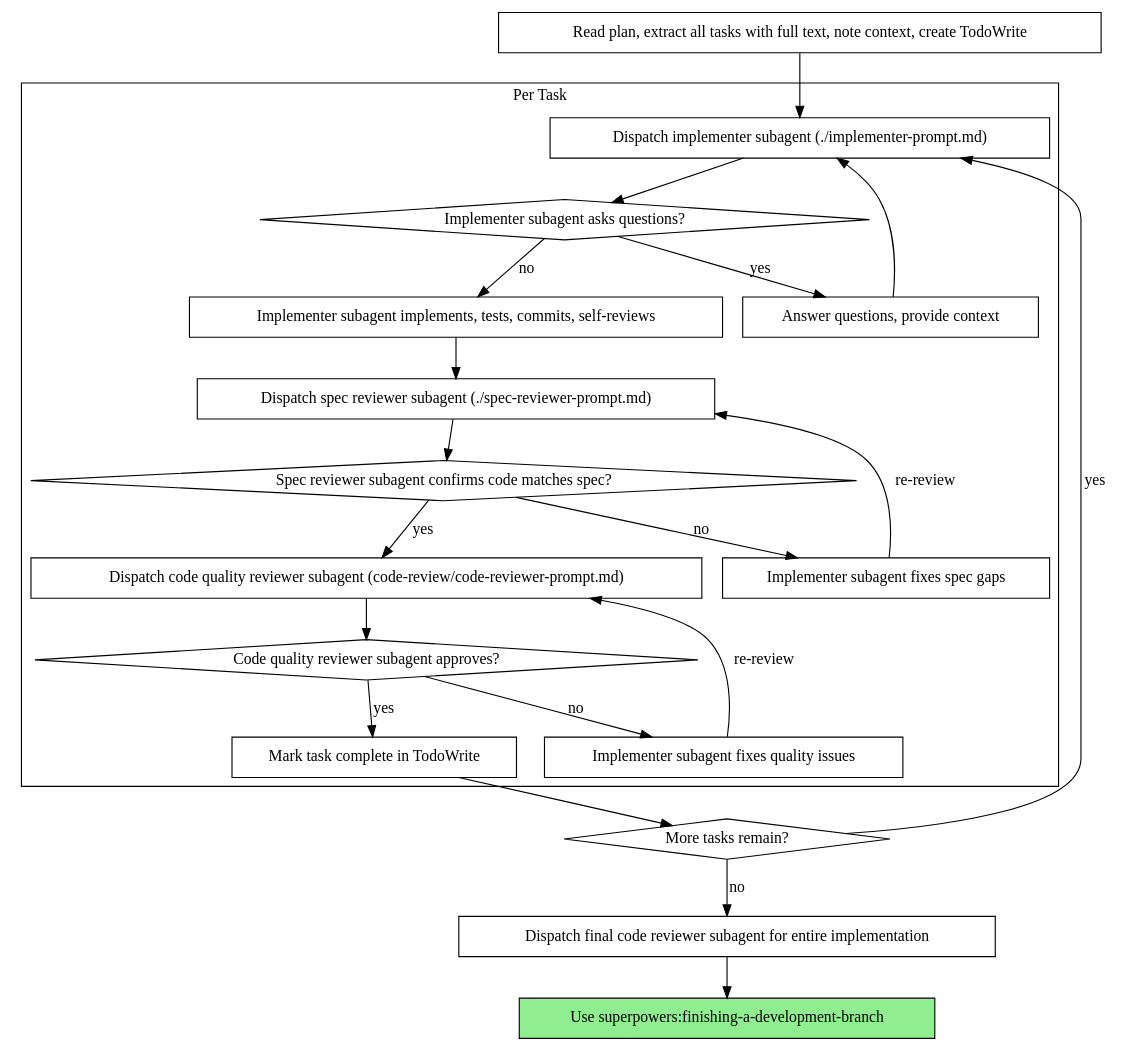
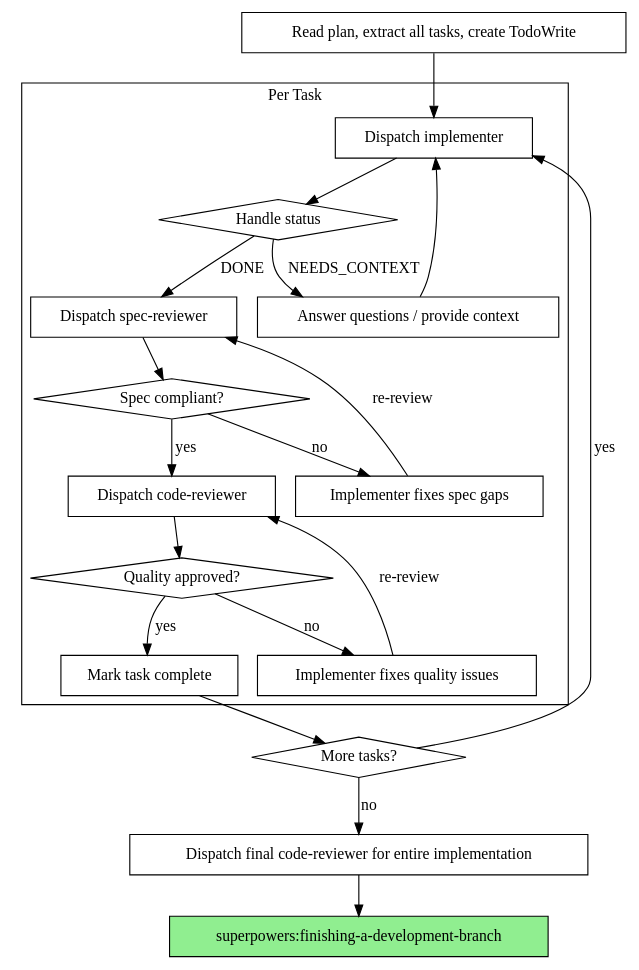
One commit to FYZAFH/superpowers-lite changed the second of 2 diagrams in skills/subagent-driven-development/SKILL.md. Above: the diagram before and after it, drawn with Graphviz. The commit also changed other lines of this file and 31 other files, not shown here.

First line of the commit message:
Restructure to agent-driven architecture, remove multi-platform support

````diff
--- a/skills/subagent-driven-development/SKILL.md
+++ b/skills/subagent-driven-development/SKILL.md
@@ -44,44 +44,42 @@
 ```dot
 digraph process {
     rankdir=TB;
 
     subgraph cluster_per_task {
         label="Per Task";
-        "Dispatch implementer subagent (./implementer-prompt.md)" [shape=box];
-        "Implementer subagent asks questions?" [shape=diamond];
-        "Answer questions, provide context" [shape=box];
-        "Implementer subagent implements, tests, commits, self-reviews" [shape=box];
-        "Dispatch spec reviewer subagent (./spec-reviewer-prompt.md)" [shape=box];
-        "Spec reviewer subagent confirms code matches spec?" [shape=diamond];
-        "Implementer subagent fixes spec gaps" [shape=box];
-        "Dispatch code quality reviewer subagent (code-review/code-reviewer-prompt.md)" [shape=box];
-        "Code quality reviewer subagent approves?" [shape=diamond];
-        "Implementer subagent fixes quality issues" [shape=box];
-        "Mark task complete in TodoWrite" [shape=box];
+        "Dispatch implementer" [shape=box];
+        "Handle status" [shape=diamond];
+        "Answer questions / provide context" [shape=box];
+        "Dispatch spec-reviewer" [shape=box];
+        "Spec compliant?" [shape=diamond];
+        "Implementer fixes spec gaps" [shape=box];
+        "Dispatch code-reviewer" [shape=box];
+        "Quality approved?" [shape=diamond];
+        "Implementer fixes quality issues" [shape=box];
+        "Mark task complete" [shape=box];
     }
 
-    "Read plan, extract all tasks with full text, note context, create TodoWrite" [shape=box];
-    "More tasks remain?" [shape=diamond];
-    "Dispatch final code reviewer subagent for entire implementation" [shape=box];
-    "Use superpowers:finishing-a-development-branch" [shape=box style=filled fillcolor=lightgreen];
+    "Read plan, extract all tasks, create TodoWrite" [shape=box];
+    "More tasks?" [shape=diamond];
+    "Dispatch final code-reviewer for entire implementation" [shape=box];
+    "superpowers:finishing-a-development-branch" [shape=box style=filled fillcolor=lightgreen];
 
-    "Read plan, extract all tasks with full text, note context, create TodoWrite" -> "Dispatch implementer subagent (./implementer-prompt.md)";
-    "Dispatch implementer subagent (./implementer-prompt.md)" -> "Implementer subagent asks questions?";
-    "Implementer subagent asks questions?" -> "Answer questions, provide context" [label="yes"];
-    "Answer questions, provide context" -> "Dispatch implementer subagent (./implementer-prompt.md)";
-    "Implementer subagent asks questions?" -> "Implementer subagent implements, tests, commits, self-reviews" [label="no"];
-    "Implementer subagent implements, tests, commits, self-reviews" -> "Dispatch spec reviewer subagent (./spec-reviewer-prompt.md)";
-    "Dispatch spec reviewer subagent (./spec-reviewer-prompt.md)" -> "Spec reviewer subagent confirms code matches spec?";
-    "Spec reviewer subagent confirms code matches spec?" -> "Implementer subagent fixes spec gaps" [label="no"];
-    "Implementer subagent fixes spec gaps" -> "Dispatch spec reviewer subagent (./spec-reviewer-prompt.md)" [label="re-review"];
-    "Spec reviewer subagent confirms code matches spec?" -> "Dispatch code quality reviewer subagent (code-review/code-reviewer-prompt.md)" [label="yes"];
-    "Dispatch code quality reviewer subagent (code-review/code-reviewer-prompt.md)" -> "Code quality reviewer subagent approves?";
-    "Code quality reviewer subagent approves?" -> "Implementer subagent fixes quality issues" [label="no"];
-    "Implementer subagent fixes quality issues" -> "Dispatch code quality reviewer subagent (code-review/code-reviewer-prompt.md)" [label="re-review"];
-    "Code quality reviewer subagent approves?" -> "Mark task complete in TodoWrite" [label="yes"];
-    "Mark task complete in TodoWrite" -> "More tasks remain?";
-    "More tasks remain?" -> "Dispatch implementer subagent (./implementer-prompt.md)" [label="yes"];
-    "More tasks remain?" -> "Dispatch final code reviewer subagent for entire implementation" [label="no"];
-    "Dispatch final code reviewer subagent for entire implementation" -> "Use superpowers:finishing-a-development-branch";
+    "Read plan, extract all tasks, create TodoWrite" -> "Dispatch implementer";
+    "Dispatch implementer" -> "Handle status";
+    "Handle status" -> "Answer questions / provide context" [label="NEEDS_CONTEXT"];
+    "Answer questions / provide context" -> "Dispatch implementer";
+    "Handle status" -> "Dispatch spec-reviewer" [label="DONE"];
+    "Dispatch spec-reviewer" -> "Spec compliant?";
+    "Spec compliant?" -> "Implementer fixes spec gaps" [label="no"];
+    "Implementer fixes spec gaps" -> "Dispatch spec-reviewer" [label="re-review"];
+    "Spec compliant?" -> "Dispatch code-reviewer" [label="yes"];
+    "Dispatch code-reviewer" -> "Quality approved?";
+    "Quality approved?" -> "Implementer fixes quality issues" [label="no"];
+    "Implementer fixes quality issues" -> "Dispatch code-reviewer" [label="re-review"];
+    "Quality approved?" -> "Mark task complete" [label="yes"];
+    "Mark task complete" -> "More tasks?";
+    "More tasks?" -> "Dispatch implementer" [label="yes"];
+    "More tasks?" -> "Dispatch final code-reviewer for entire implementation" [label="no"];
+    "Dispatch final code-reviewer for entire implementation" -> "superpowers:finishing-a-development-branch";
 }
 ```
````
